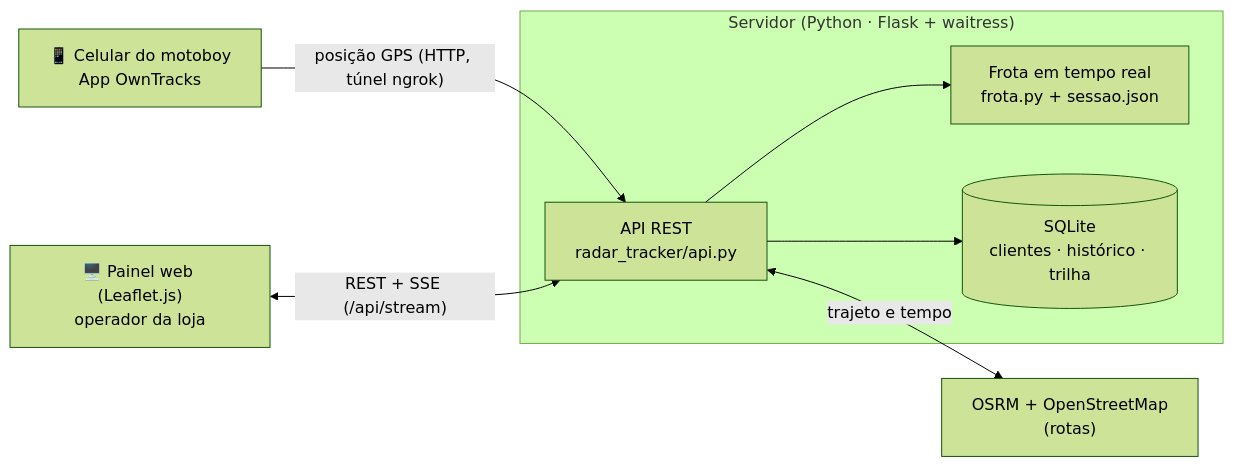
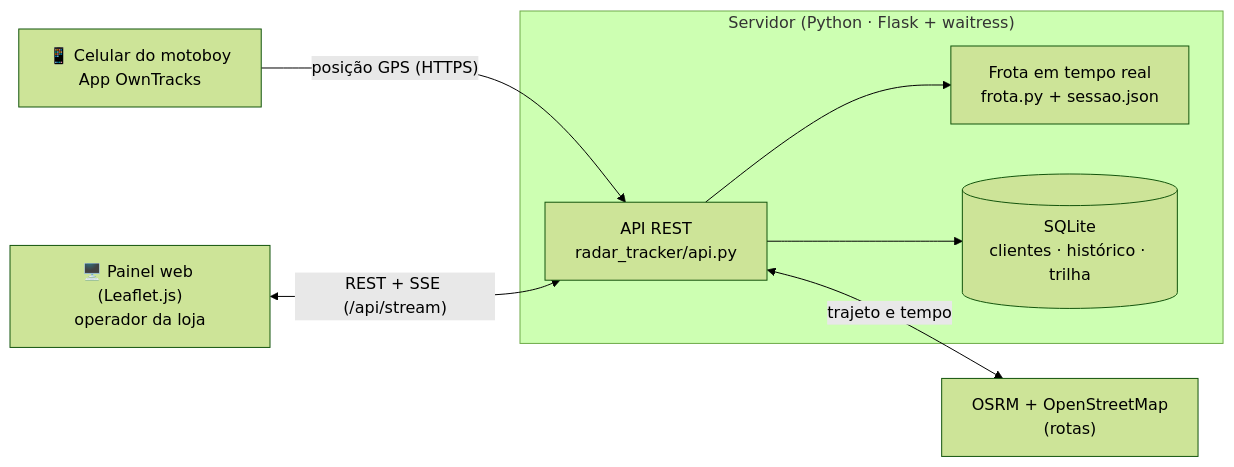
One commit to AndreeSpecht/GalviTracks changed the diagram in README.md. Above: the diagram before and after it, drawn with Mermaid (forest theme). The commit also changed other lines of this file and 6 other files, not shown here.

````diff
--- a/README.md
+++ b/README.md
@@ -94,17 +95,17 @@
 ```mermaid
 flowchart LR
     APP["📱 Celular do motoboy<br/>App OwnTracks"]
     subgraph SRV["Servidor (Python · Flask + waitress)"]
         API["API REST<br/>radar_tracker/api.py"]
         FROTA["Frota em tempo real<br/>frota.py + sessao.json"]
         DB[("SQLite<br/>clientes · histórico · trilha")]
     end
     OSRM["OSRM + OpenStreetMap<br/>(rotas)"]
     WEB["🖥️ Painel web (Leaflet.js)<br/>operador da loja"]
 
-    APP -- "posição GPS (HTTP, túnel ngrok)" --> API
+    APP -- "posição GPS (HTTPS)" --> API
     WEB <-->|"REST + SSE (/api/stream)"| API
     API --> FROTA
     API --> DB
     API <-->|"trajeto e tempo"| OSRM
 ```
````
